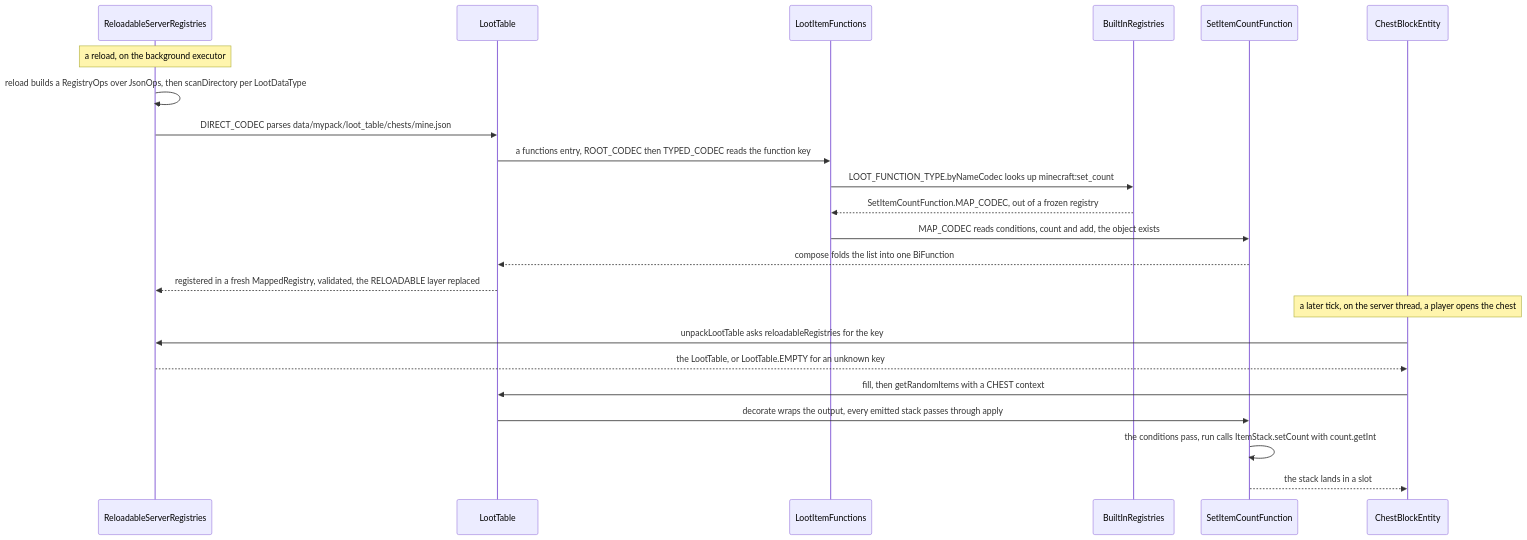
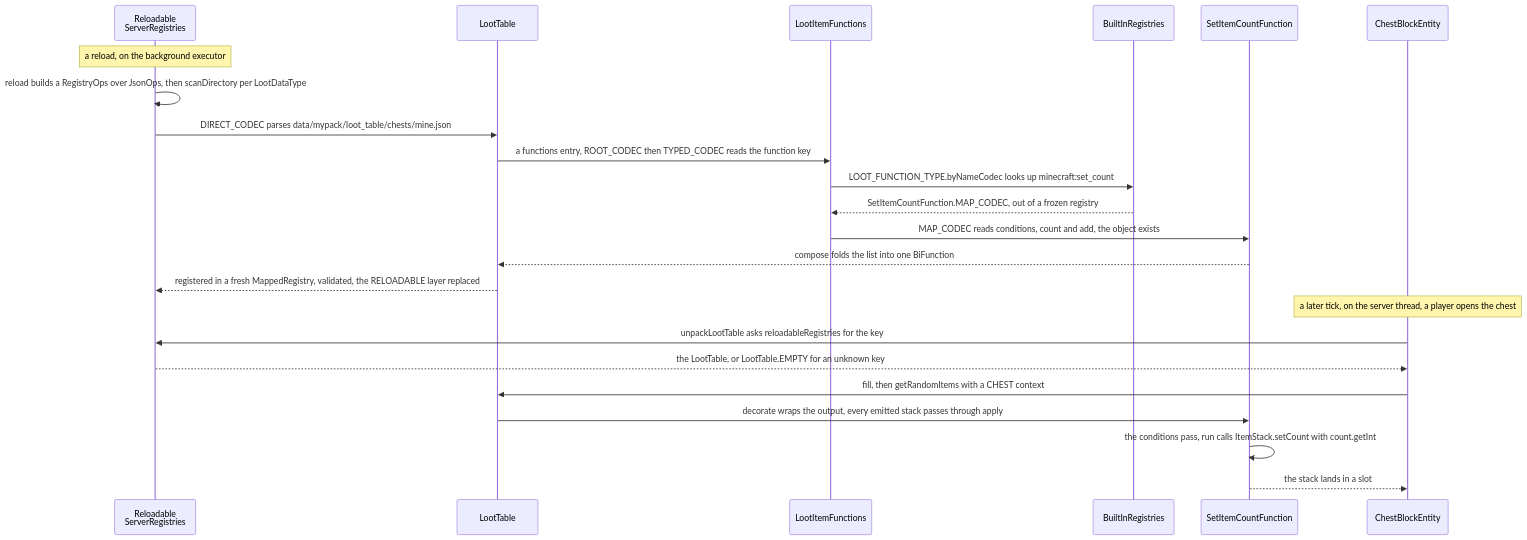
Before and after one commit to AlexanderjFraser/MinecraftDocs: the second of 2 diagrams in src/systems/foundations/data-driven-types.md, drawn with Mermaid. The commit also changed 68 other files, not shown here.

````diff
--- a/src/systems/foundations/data-driven-types.md
+++ b/src/systems/foundations/data-driven-types.md
@@ -213,26 +213,26 @@
 ```mermaid
 sequenceDiagram
-    participant RSReg as ReloadableServerRegistries
+    participant RSReg as Reloadable<br/>ServerRegistries
     participant LT as LootTable
     participant LIF as LootItemFunctions
     participant BIR as BuiltInRegistries
     participant SICF as SetItemCountFunction
     participant CBE as ChestBlockEntity
 
     Note over RSReg: a reload, on the background executor
     RSReg->>RSReg: reload builds a RegistryOps over JsonOps, then scanDirectory per LootDataType
     RSReg->>LT: DIRECT_CODEC parses data/mypack/loot_table/chests/mine.json
     LT->>LIF: a functions entry, ROOT_CODEC then TYPED_CODEC reads the function key
     LIF->>BIR: LOOT_FUNCTION_TYPE.byNameCodec looks up minecraft:set_count
     BIR-->>LIF: SetItemCountFunction.MAP_CODEC, out of a frozen registry
     LIF->>SICF: MAP_CODEC reads conditions, count and add, the object exists
     SICF-->>LT: compose folds the list into one BiFunction
     LT-->>RSReg: registered in a fresh MappedRegistry, validated, the RELOADABLE layer replaced
     Note over CBE: a later tick, on the server thread, a player opens the chest
     CBE->>RSReg: unpackLootTable asks reloadableRegistries for the key
     RSReg-->>CBE: the LootTable, or LootTable.EMPTY for an unknown key
     CBE->>LT: fill, then getRandomItems with a CHEST context
     LT->>SICF: decorate wraps the output, every emitted stack passes through apply
     SICF->>SICF: the conditions pass, run calls ItemStack.setCount with count.getInt
     SICF-->>CBE: the stack lands in a slot
 ```
````
